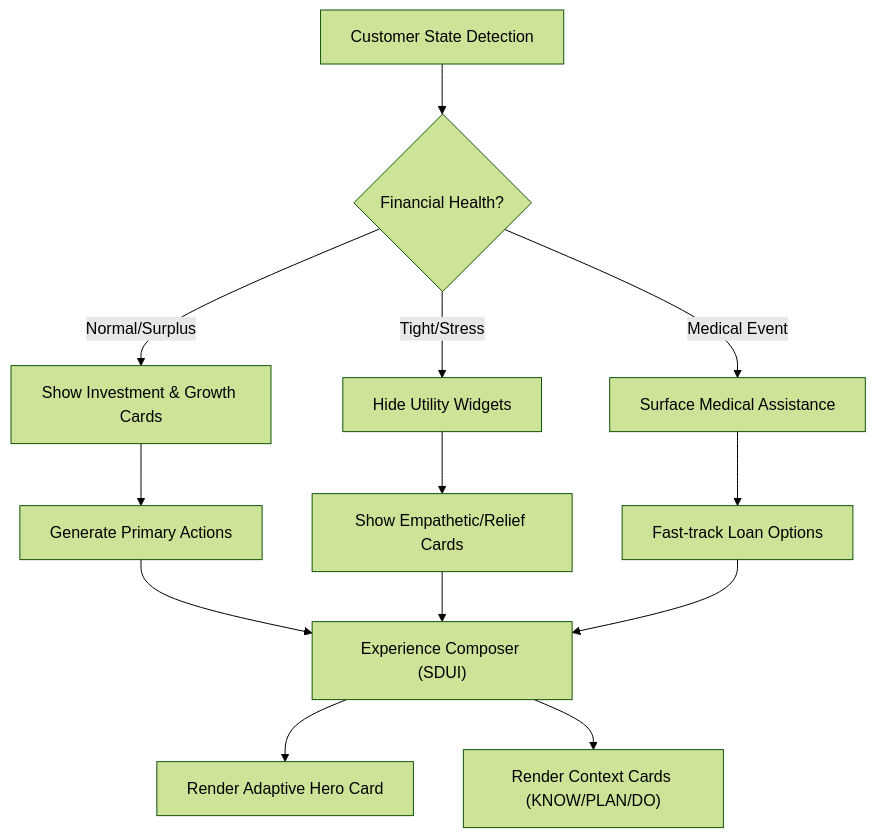
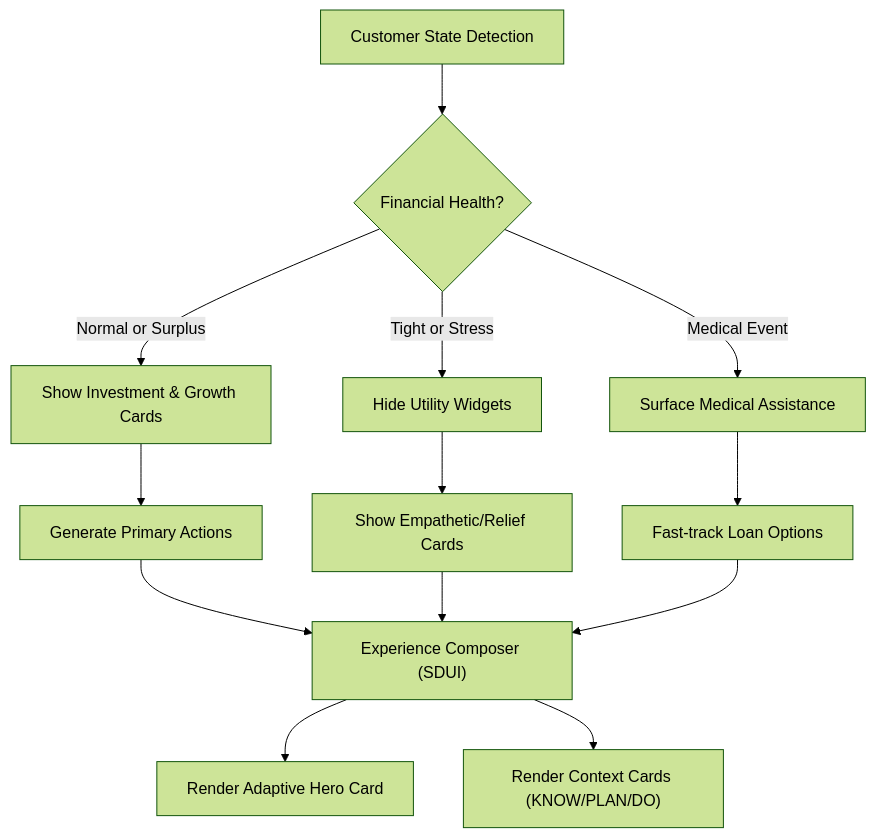
One commit to Neutron-0/ABC-Bank changed the second of 6 diagrams in docs/features/overview.md. Above: the diagram before and after it, drawn with Mermaid (forest theme). The commit also changed other lines of this file and 33 other files, not shown here.

````diff
--- a/docs/features/overview.md
+++ b/docs/features/overview.md
@@ -51,18 +51,18 @@
 ```mermaid
 flowchart TD
     A["Customer State Detection"] --> B{"Financial Health?"}
-    B -->|Normal/Surplus| C["Show Investment & Growth Cards"]
-    B -->|Tight/Stress| D["Hide Utility Widgets"]
+    B -->|Normal or Surplus| C["Show Investment & Growth Cards"]
+    B -->|Tight or Stress| D["Hide Utility Widgets"]
     B -->|Medical Event| E["Surface Medical Assistance"]
     
     C --> F["Generate Primary Actions"]
     D --> G["Show Empathetic/Relief Cards"]
     E --> H["Fast-track Loan Options"]
     
     F --> I["Experience Composer (SDUI)"]
     G --> I
     H --> I
     
     I --> J["Render Adaptive Hero Card"]
     I --> K["Render Context Cards (KNOW/PLAN/DO)"]
 ```
````
